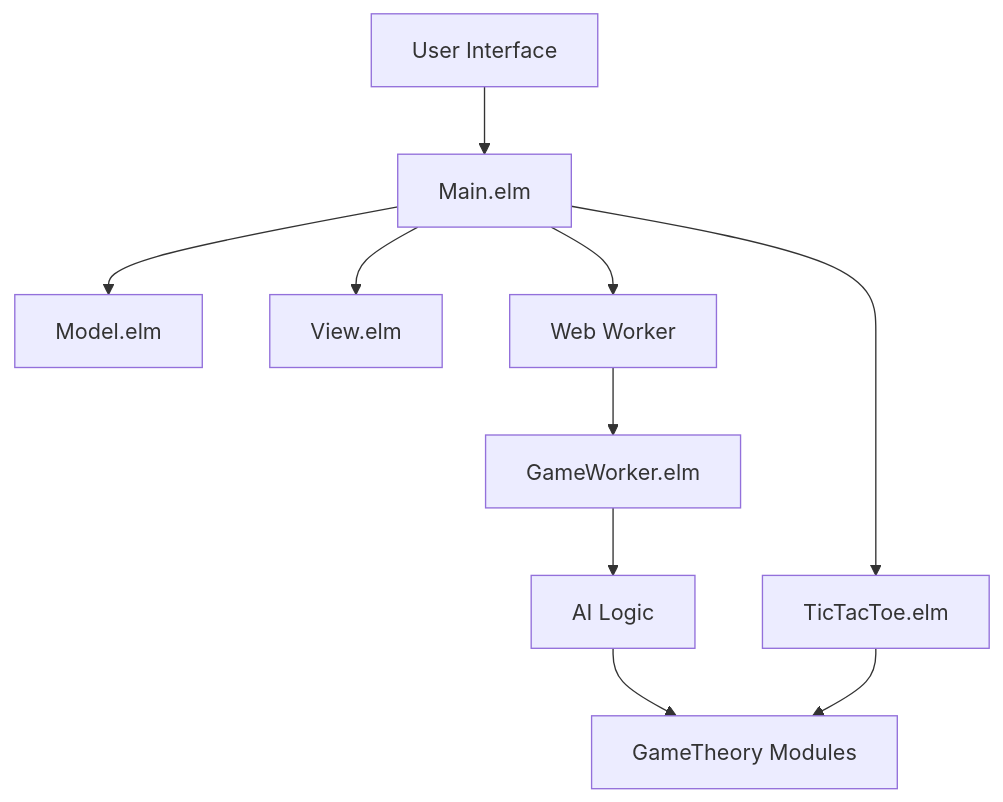
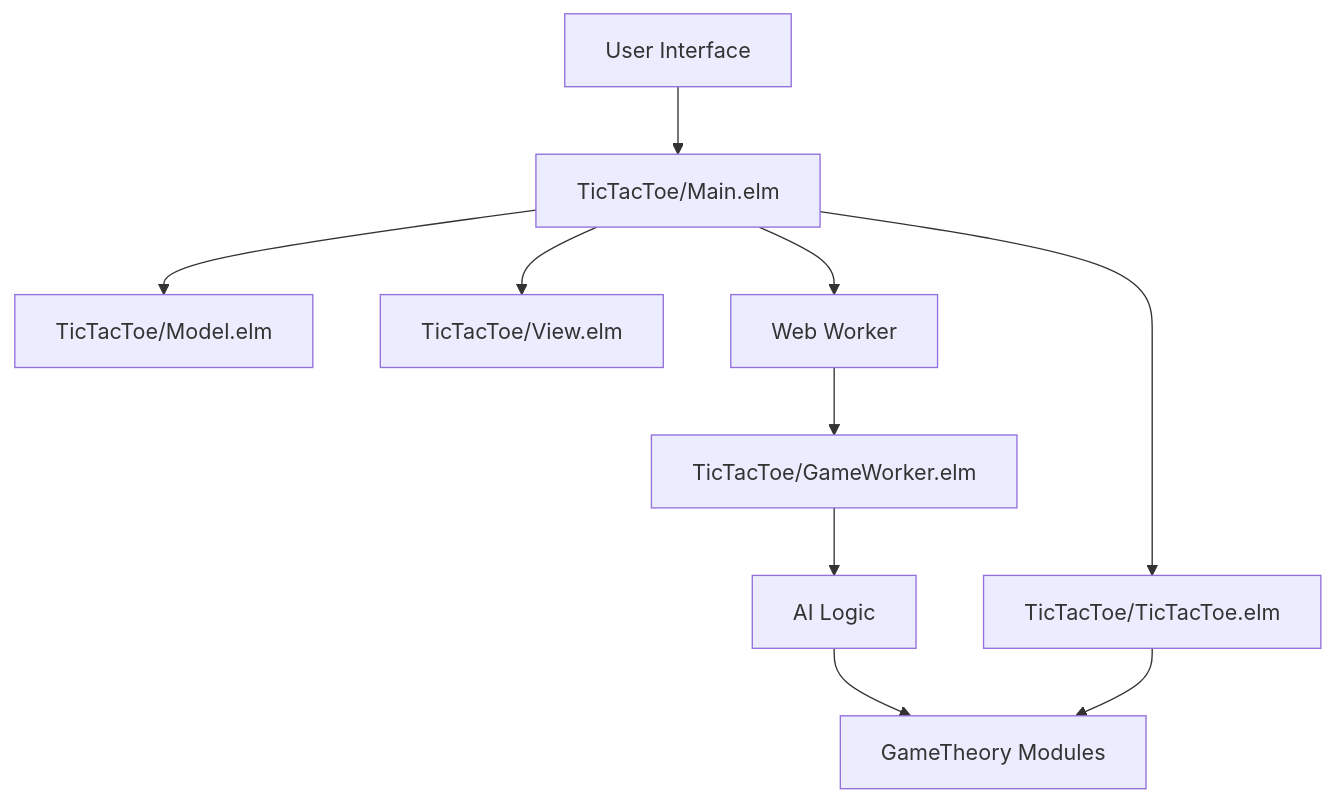
One commit to genthaler/elm-tic-tac-toe changed the first of 2 diagrams in .kiro/specs/tic-tac-toe-game/design.md. Above: the diagram before and after it, drawn with Mermaid. The commit also changed other lines of this file and 9 other files, not shown here.

````diff
--- a/.kiro/specs/tic-tac-toe-game/design.md
+++ b/.kiro/specs/tic-tac-toe-game/design.md
@@ -11,12 +11,12 @@
 ```mermaid
 graph TB
-    UI[User Interface] --> Main[Main.elm]
-    Main --> Model[Model.elm]
-    Main --> View[View.elm]
+    UI[User Interface] --> Main[TicTacToe/Main.elm]
+    Main --> Model[TicTacToe/Model.elm]
+    Main --> View[TicTacToe/View.elm]
     Main --> Worker[Web Worker]
-    Worker --> GameWorker[GameWorker.elm]
+    Worker --> GameWorker[TicTacToe/GameWorker.elm]
     GameWorker --> AI[AI Logic]
     AI --> GameTheory[GameTheory Modules]
-    Main --> TicTacToe[TicTacToe.elm]
+    Main --> TicTacToe[TicTacToe/TicTacToe.elm]
     TicTacToe --> GameTheory
 ```
````
